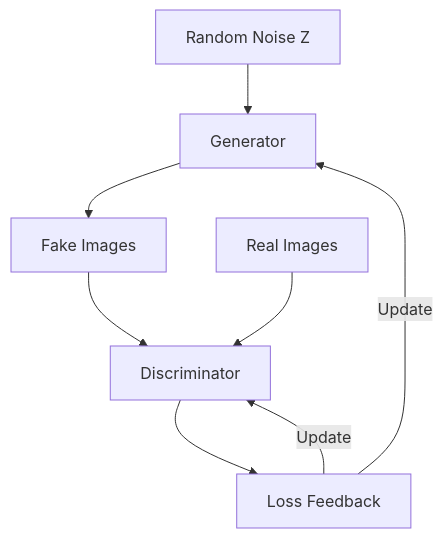
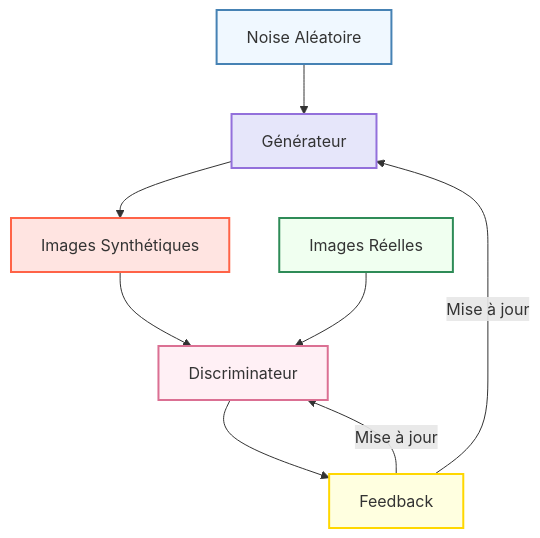
The diagram in README.md (Siamsell/medical-image-gan), drawn with Mermaid before and after one commit. The commit also changed other lines of this file, not shown here.

Commit message:
README.md

````diff
--- a/README.md
+++ b/README.md
@@ -18,16 +19,17 @@
 ```mermaid
 graph TD
-    A[Random Noise Z] --> B[Generator]
-    B --> C[Fake Images]
-    D[Real Images] --> E[Discriminator]
+    A[Noise Aléatoire]:::noise --> B[Générateur]:::generator
+    B --> C[Images Synthétiques]:::fake
+    D[Images Réelles]:::real --> E[Discriminateur]:::discriminator
     C --> E
-    E --> F[Loss Feedback]
-    F -->|Update| B
-    F -->|Update| E
- classDef noise fill:#F0F8FF,stroke:#4682B4,stroke-width:2px
+    E --> F[Feedback]:::loss
+    F -->|Mise à jour| B
+    F -->|Mise à jour| E
+    
+    classDef noise fill:#F0F8FF,stroke:#4682B4,stroke-width:2px
     classDef generator fill:#E6E6FA,stroke:#9370DB,stroke-width:2px
     classDef fake fill:#FFE4E1,stroke:#FF6347,stroke-width:2px
     classDef real fill:#F0FFF0,stroke:#2E8B57,stroke-width:2px
     classDef discriminator fill:#FFF0F5,stroke:#DB7093,stroke-width:2px
-    classDef loss fill:#FFFFE0,stroke:#FFD700,stroke-width:2px
+    classDef loss fill:#FFFFE0,stroke:#FFD700,stroke-width:2pxassDef loss fill:#FFFFE0,stroke:#FFD700,stroke-width:2px
 ```
````
